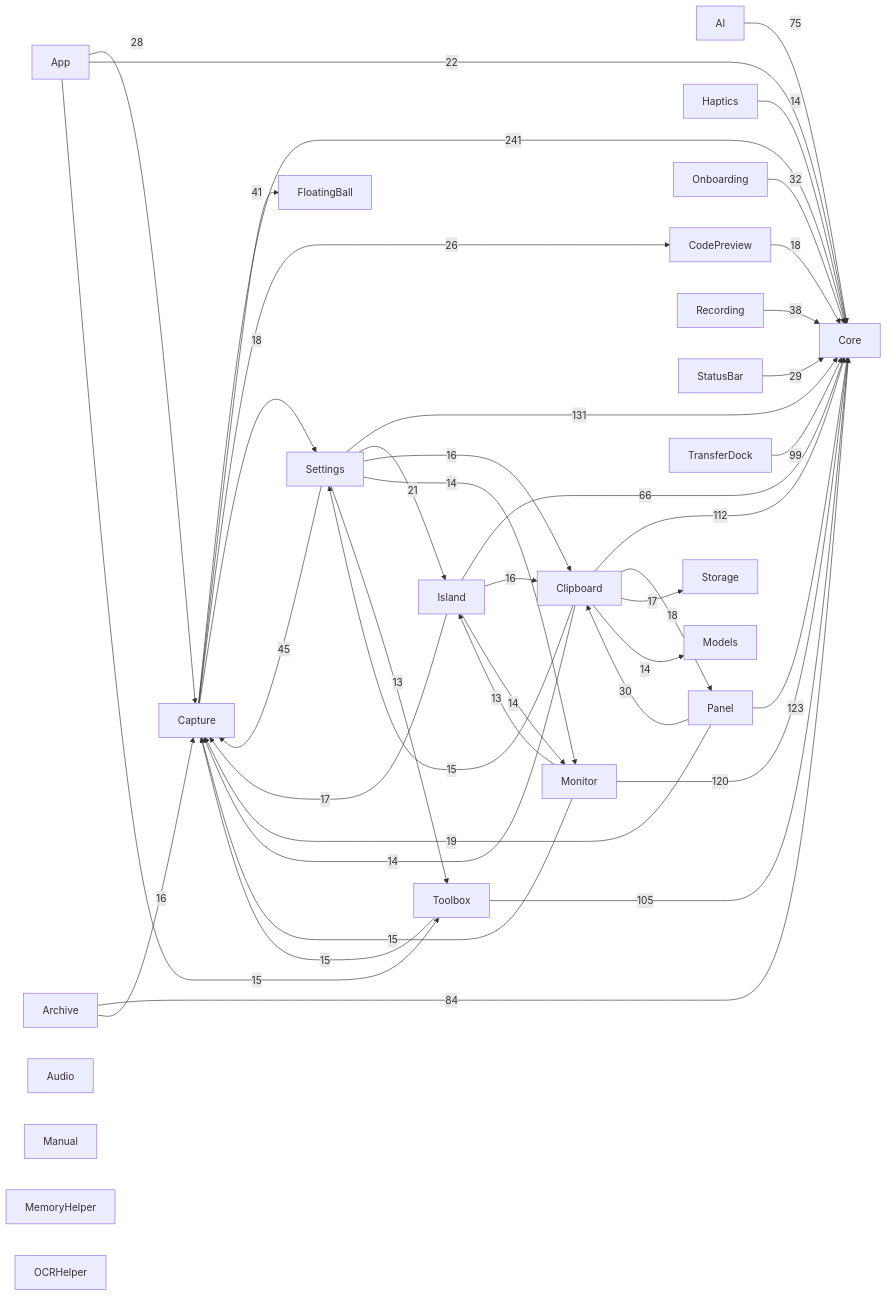
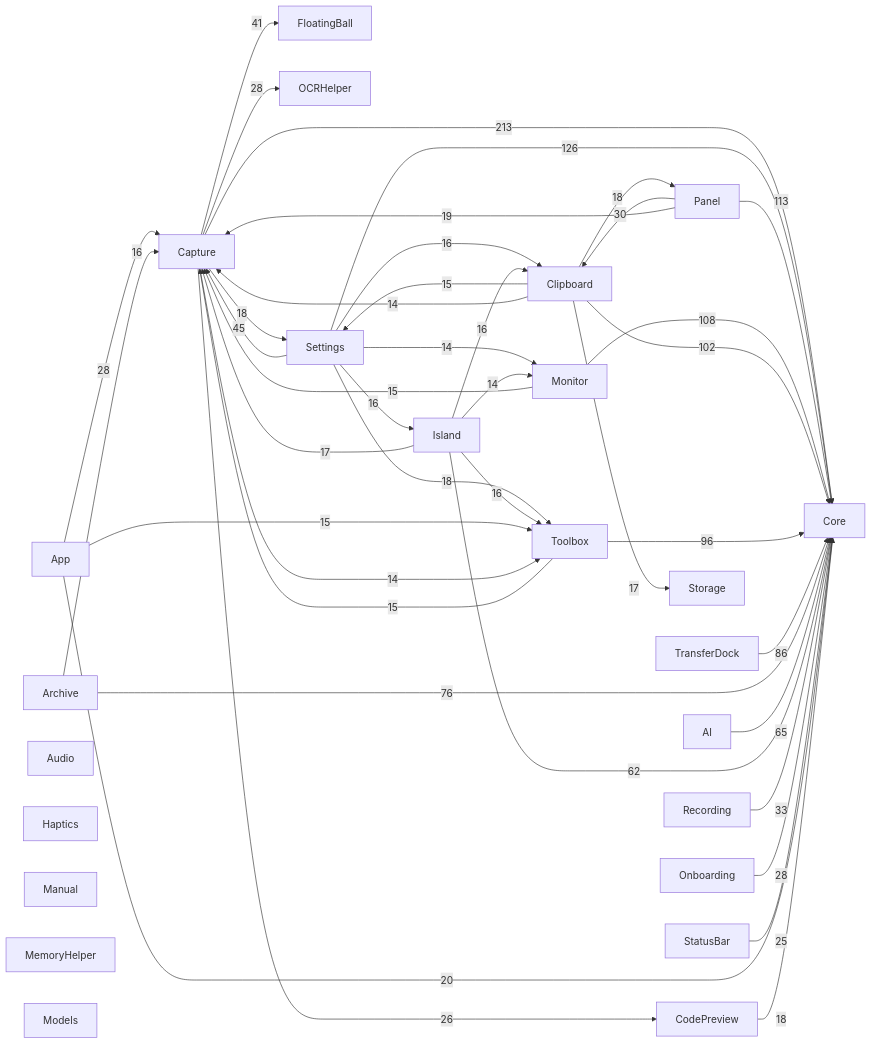
One commit to sxyq/Kitnest changed the diagram in docs/00-总览/模块依赖图.md. Above: the diagram before and after it, drawn with Mermaid. The commit also changed other lines of this file and 5 other files, not shown here.

````diff
--- a/docs/00-总览/模块依赖图.md
+++ b/docs/00-总览/模块依赖图.md
@@ -38,67 +38,67 @@
 ```mermaid
 flowchart LR
   M0["AI"]
   M1["App"]
   M2["Archive"]
   M3["Audio"]
   M4["Capture"]
   M5["Clipboard"]
   M6["CodePreview"]
   M7["Core"]
   M8["FloatingBall"]
   M9["Haptics"]
   M10["Island"]
   M11["Manual"]
   M12["MemoryHelper"]
   M13["Models"]
   M14["Monitor"]
   M15["OCRHelper"]
   M16["Onboarding"]
   M17["Panel"]
   M18["Recording"]
   M19["Settings"]
   M20["StatusBar"]
   M21["Storage"]
   M22["Toolbox"]
   M23["TransferDock"]
-  M4 -->|241| M7
-  M19 -->|131| M7
-  M17 -->|123| M7
-  M14 -->|120| M7
-  M5 -->|112| M7
-  M22 -->|105| M7
-  M23 -->|99| M7
-  M2 -->|84| M7
-  M0 -->|75| M7
-  M10 -->|66| M7
+  M4 -->|213| M7
+  M19 -->|126| M7
+  M17 -->|113| M7
+  M14 -->|108| M7
+  M5 -->|102| M7
+  M22 -->|96| M7
+  M23 -->|86| M7
+  M2 -->|76| M7
+  M0 -->|65| M7
+  M10 -->|62| M7
   M19 -->|45| M4
   M4 -->|41| M8
-  M18 -->|38| M7
-  M16 -->|32| M7
+  M18 -->|33| M7
   M17 -->|30| M5
-  M20 -->|29| M7
   M1 -->|28| M4
+  M4 -->|28| M15
+  M16 -->|28| M7
   M4 -->|26| M6
-  M1 -->|22| M7
-  M19 -->|21| M10
+  M20 -->|25| M7
+  M1 -->|20| M7
   M17 -->|19| M4
+  M19 -->|18| M22
   M4 -->|18| M19
+  M6 -->|18| M7
   M5 -->|18| M17
-  M6 -->|18| M7
+  M10 -->|17| M4
   M5 -->|17| M21
-  M10 -->|17| M4
+  M19 -->|16| M5
+  M19 -->|16| M10
   M2 -->|16| M4
   M10 -->|16| M5
-  M19 -->|16| M5
+  M10 -->|16| M22
   M1 -->|15| M22
-  M5 -->|15| M19
   M14 -->|15| M4
   M22 -->|15| M4
-  M5 -->|14| M13
+  M5 -->|15| M19
+  M19 -->|14| M14
+  M4 -->|14| M22
+  M10 -->|14| M14
   M5 -->|14| M4
-  M9 -->|14| M7
-  M10 -->|14| M14
-  M19 -->|14| M14
-  M14 -->|13| M10
-  M19 -->|13| M22
 ```
````
